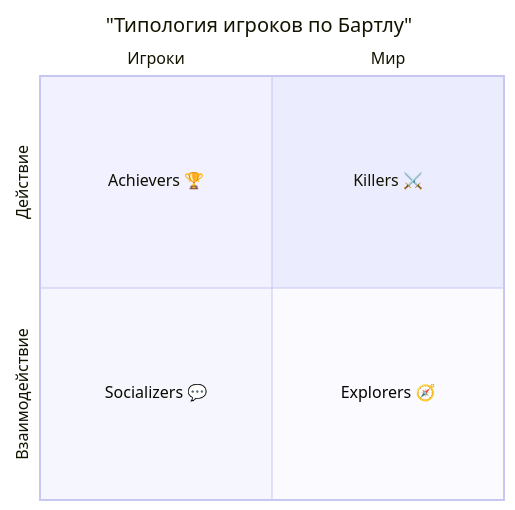
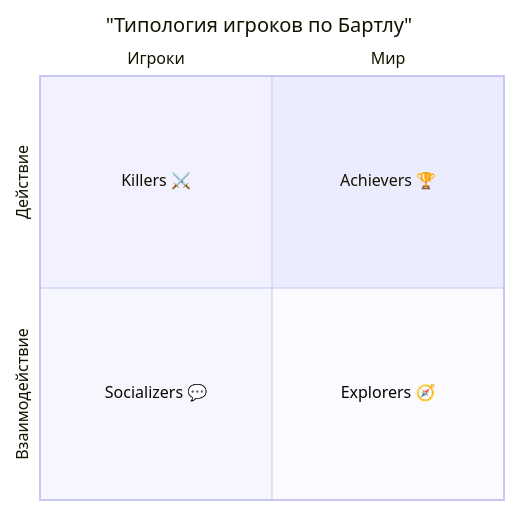
The second of 2 diagrams in prepod/topics/ru/lec3.md (TrEtLiz/prepod), drawn with Mermaid before and after one commit.

````diff
--- a/prepod/topics/ru/lec3.md
+++ b/prepod/topics/ru/lec3.md
@@ -181,10 +181,10 @@
 ```mermaid
 quadrantChart
     title "Типология игроков по Бартлу"
     x-axis "Игроки" --> "Мир"
     y-axis "Взаимодействие" --> "Действие"
-    quadrant-1 "Killers ⚔️"
-    quadrant-2 "Achievers 🏆"
+    quadrant-1 "Achievers 🏆"
+    quadrant-2 "Killers ⚔️"
     quadrant-3 "Socializers 💬"
     quadrant-4 "Explorers 🧭"
 ```
````
